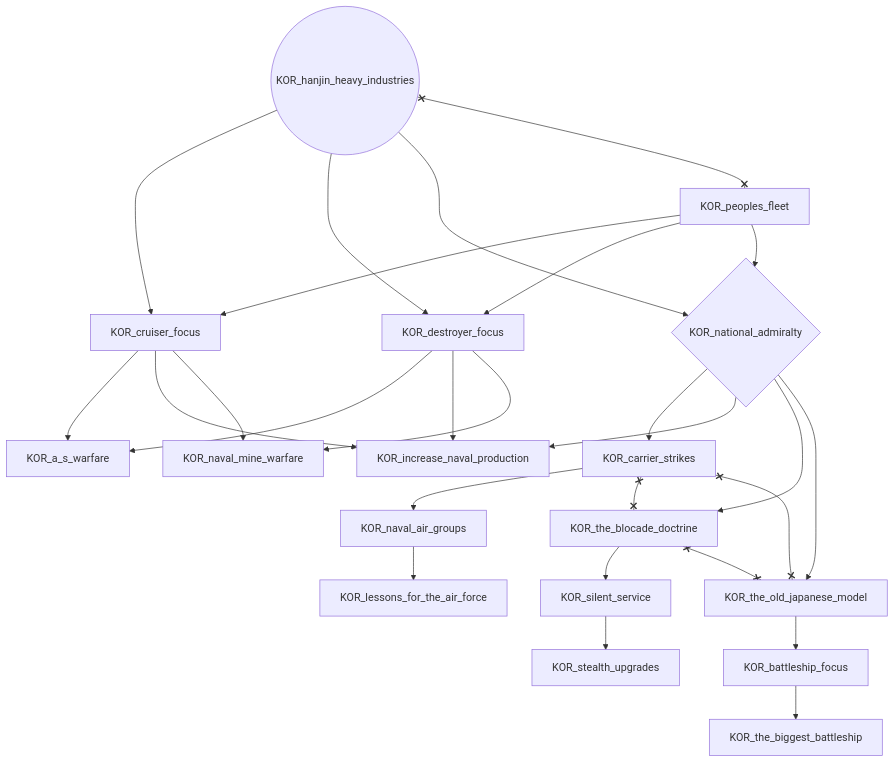
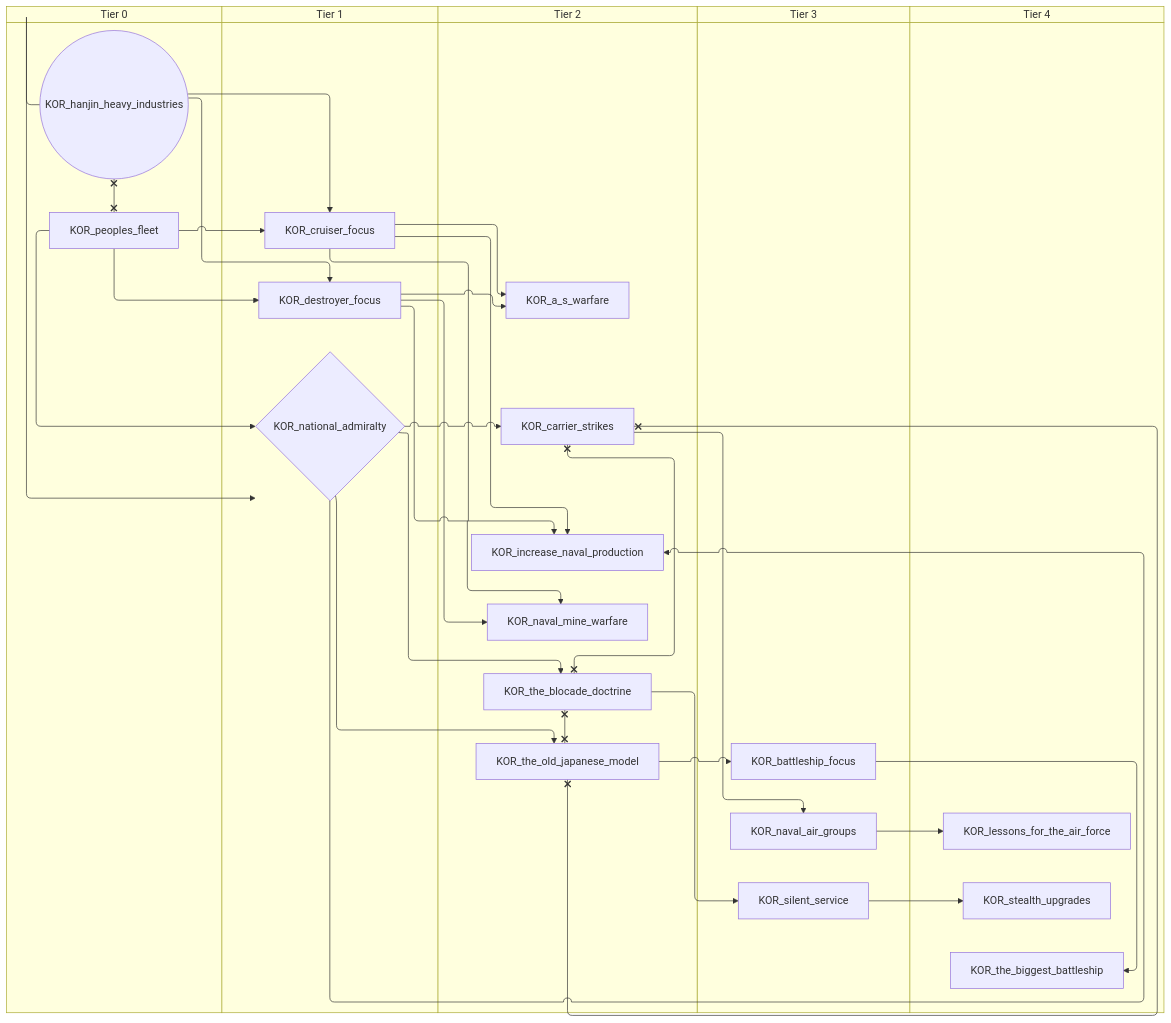
One commit to evgeny-sobol/hoi4-sandbox-mode-r56 changed the fourth of 7 diagrams in docs/gdd/National Focuses/korea.md. Above: the diagram before and after it, drawn with Mermaid. The commit also changed other lines of this file and 423 other files, not shown here.

First line of the commit message:
Re-export Rt56 focus trees as swimlane diagrams

````diff
--- a/docs/gdd/National Focuses/korea.md
+++ b/docs/gdd/National Focuses/korea.md
@@ -336,46 +372,56 @@
 ```mermaid
-flowchart TD
-    n61["KOR_a_s_warfare"]
-    n62["KOR_battleship_focus"]
-    n63["KOR_carrier_strikes"]
-    n64["KOR_cruiser_focus"]
-    n65["KOR_destroyer_focus"]
-    n66(("KOR_hanjin_heavy_industries"))
-    n67["KOR_increase_naval_production"]
-    n68["KOR_lessons_for_the_air_force"]
-    n69{"KOR_national_admiralty"}
-    n70["KOR_naval_air_groups"]
-    n71["KOR_naval_mine_warfare"]
-    n72["KOR_peoples_fleet"]
-    n73["KOR_silent_service"]
-    n74["KOR_stealth_upgrades"]
-    n75["KOR_the_biggest_battleship"]
-    n76["KOR_the_blocade_doctrine"]
-    n77["KOR_the_old_japanese_model"]
-    n65 --> n61
-    n64 --> n61
-    n77 --> n62
-    n69 --> n63
-    n66 --> n64
-    n72 --> n64
-    n66 --> n65
-    n72 --> n65
-    n64 --> n67
+swimlane-beta TD
+    subgraph tier_0["Tier 0"]
+        n61(("KOR_hanjin_heavy_industries"))
+        n62["KOR_peoples_fleet"]
+    end
+    subgraph tier_1["Tier 1"]
+        n63["KOR_cruiser_focus"]
+        n64["KOR_destroyer_focus"]
+        n65{"KOR_national_admiralty"}
+    end
+    subgraph tier_2["Tier 2"]
+        n66["KOR_a_s_warfare"]
+        n67["KOR_carrier_strikes"]
+        n68["KOR_increase_naval_production"]
+        n69["KOR_naval_mine_warfare"]
+        n70["KOR_the_blocade_doctrine"]
+        n71["KOR_the_old_japanese_model"]
+    end
+    subgraph tier_3["Tier 3"]
+        n72["KOR_battleship_focus"]
+        n73["KOR_naval_air_groups"]
+        n74["KOR_silent_service"]
+    end
+    subgraph tier_4["Tier 4"]
+        n75["KOR_lessons_for_the_air_force"]
+        n76["KOR_stealth_upgrades"]
+        n77["KOR_the_biggest_battleship"]
+    end
+    n64 --> n66
+    n63 --> n66
+    n71 --> n72
     n65 --> n67
-    n69 --> n67
-    n70 --> n68
-    n66 --> n69
-    n72 --> n69
-    n63 --> n70
-    n64 --> n71
+    n61 --> n63
+    n62 --> n63
+    n61 --> n64
+    n62 --> n64
+    n63 --> n68
+    n64 --> n68
+    n65 --> n68
+    n73 --> n75
+    n61 --> n65
+    n62 --> n65
+    n67 --> n73
+    n63 --> n69
+    n64 --> n69
+    n70 --> n74
+    n74 --> n76
+    n72 --> n77
+    n65 --> n70
     n65 --> n71
-    n76 --> n73
-    n73 --> n74
-    n62 --> n75
-    n69 --> n76
-    n69 --> n77
-    n63 x--x n76
-    n63 x--x n77
-    n66 x--x n72
-    n76 x--x n77
+    n67 x--x n70
+    n67 x--x n71
+    n61 x--x n62
+    n70 x--x n71
 ```
````
